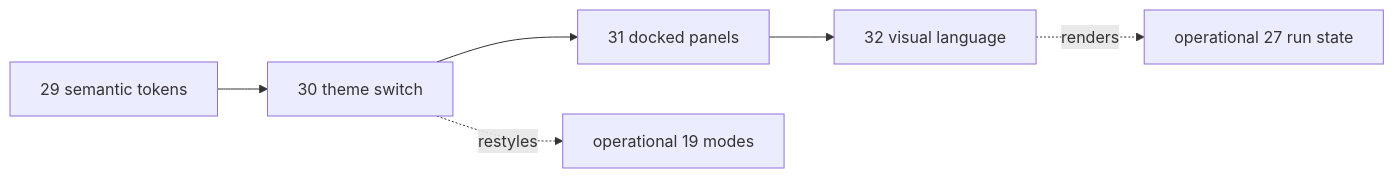
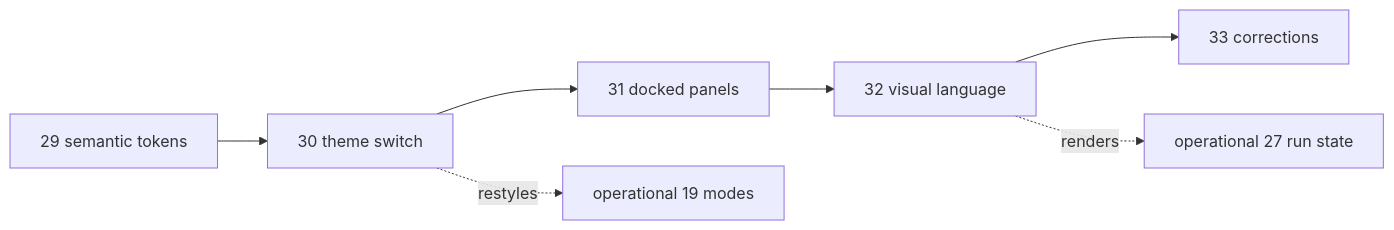
Before and after one commit to dmitry-yudakov/code-vis: the diagram in stories/EPIC-20260828-shell-design-system.md, drawn with Mermaid. The commit also changed other lines of this file and 12 other files, not shown here.

````diff
--- a/stories/EPIC-20260828-shell-design-system.md
+++ b/stories/EPIC-20260828-shell-design-system.md
@@ -72,8 +73,9 @@
 ```mermaid
 graph LR
   S29[29 semantic tokens] --> S30[30 theme switch]
   S30 --> S31[31 docked panels]
   S31 --> S32[32 visual language]
+  S32 --> S33[33 corrections]
   S30 -.restyles.-> R19[operational 19 modes]
   S32 -.renders.-> R27[operational 27 run state]
 ```
````
